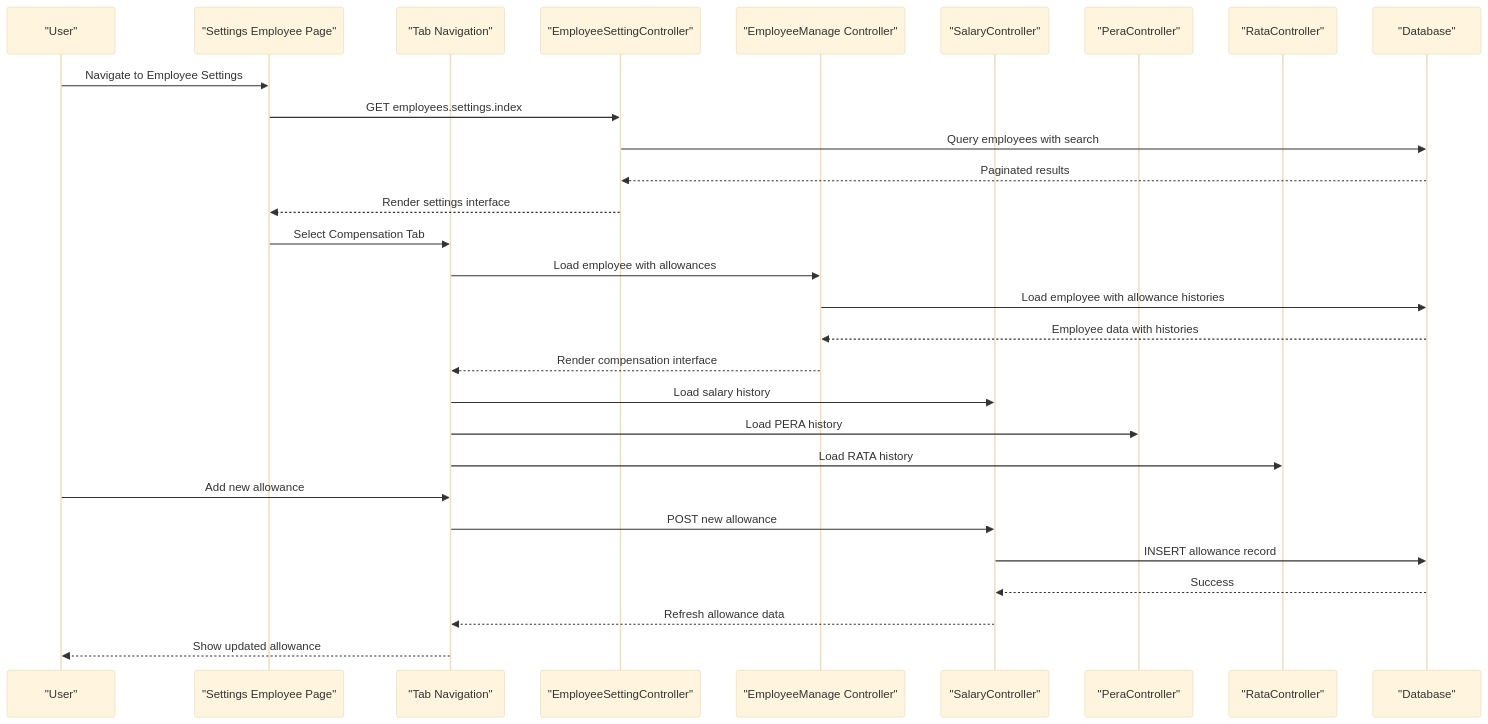
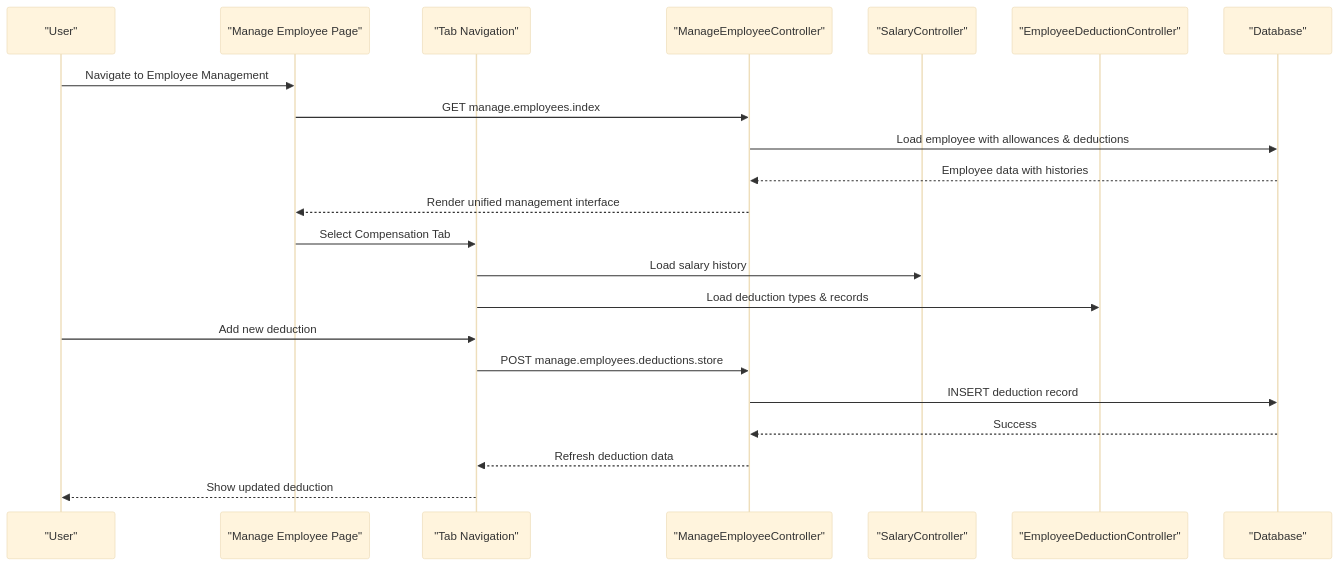
The second of 7 diagrams in .qoder/repowiki/en/content/Employee Management/Employee Management.md (vincet0t15/template), drawn with Mermaid (base theme) before and after one commit. The commit also changed other lines of this file and 8 other files, not shown here.

````diff
--- a/.qoder/repowiki/en/content/Employee Management/Employee Management.md
+++ b/.qoder/repowiki/en/content/Employee Management/Employee Management.md
@@ -162,31 +182,24 @@
 ```mermaid
 sequenceDiagram
 participant U as "User"
-participant FE as "Settings Employee Page"
+participant FE as "Manage Employee Page"
 participant TAB as "Tab Navigation"
-participant ESC as "EmployeeSettingController"
-participant EM as "EmployeeManage Controller"
+participant ME as "ManageEmployeeController"
 participant SAL as "SalaryController"
-participant PERA as "PeraController"
-participant RATA as "RataController"
+participant DED as "EmployeeDeductionController"
 participant DB as "Database"
-U->>FE : Navigate to Employee Settings
-FE->>ESC : GET employees.settings.index
-ESC->>DB : Query employees with search
-DB-->>ESC : Paginated results
-ESC-->>FE : Render settings interface
+U->>FE : Navigate to Employee Management
+FE->>ME : GET manage.employees.index
+ME->>DB : Load employee with allowances & deductions
+DB-->>ME : Employee data with histories
+ME-->>FE : Render unified management interface
 FE->>TAB : Select Compensation Tab
-TAB->>EM : Load employee with allowances
-EM->>DB : Load employee with allowance histories
-DB-->>EM : Employee data with histories
-EM-->>TAB : Render compensation interface
 TAB->>SAL : Load salary history
-TAB->>PERA : Load PERA history
-TAB->>RATA : Load RATA history
-U->>TAB : Add new allowance
-TAB->>SAL : POST new allowance
-SAL->>DB : INSERT allowance record
-DB-->>SAL : Success
-SAL-->>TAB : Refresh allowance data
-TAB-->>U : Show updated allowance
+TAB->>DED : Load deduction types & records
+U->>TAB : Add new deduction
+TAB->>ME : POST manage.employees.deductions.store
+ME->>DB : INSERT deduction record
+DB-->>ME : Success
+ME-->>TAB : Refresh deduction data
+TAB-->>U : Show updated deduction
 ```
````
